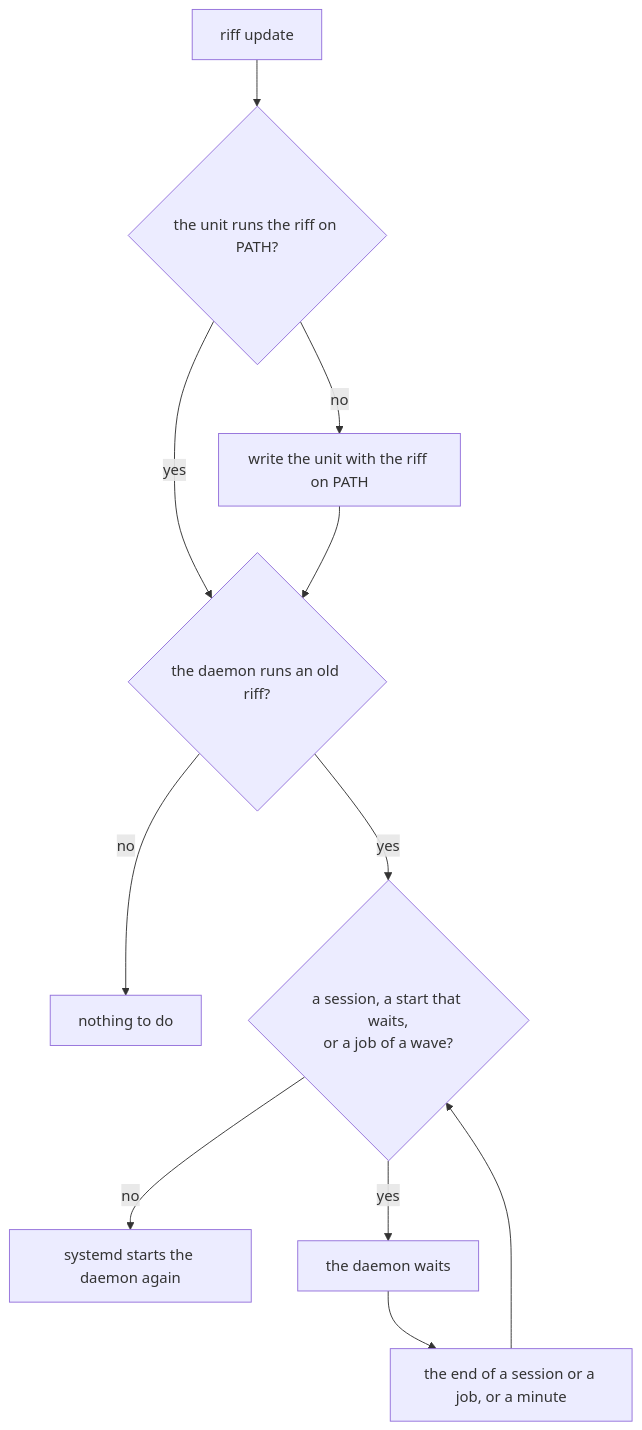
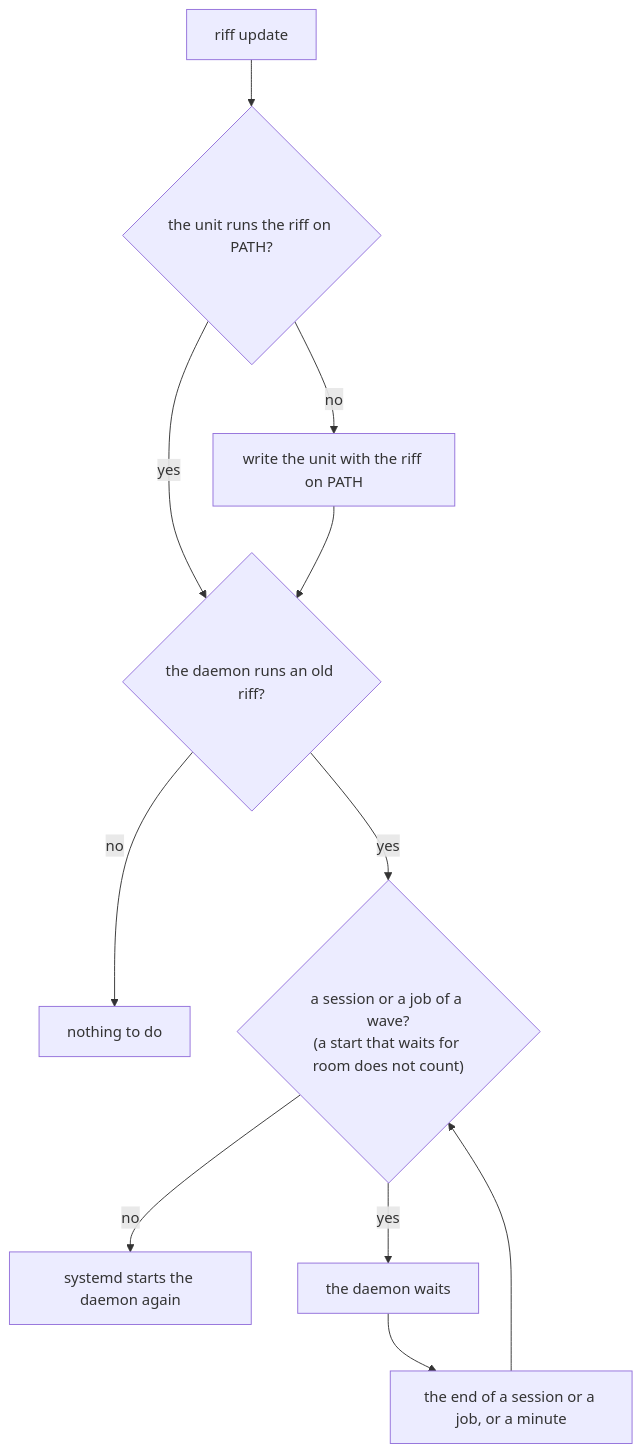
Before and after one commit to como-technologies/riff: the seventh of 57 diagrams in docs/src/how-it-works.md, drawn with Mermaid. The commit also changed other lines of this file and 4 other files, not shown here.

Commit message:
A start that waits for room does not keep the riff daemon on an old riff

````diff
--- a/docs/src/how-it-works.md
+++ b/docs/src/how-it-works.md
@@ -614,13 +615,13 @@
 ```mermaid
 flowchart TD
     U["riff update"] --> X{"the unit runs the riff on PATH?"}
     X -- no --> W["write the unit with the riff on PATH"]
     X -- yes --> O
     W --> O{"the daemon runs an old riff?"}
     O -- no --> N["nothing to do"]
-    O -- yes --> B{"a session, a start that waits,<br/>or a job of a wave?"}
+    O -- yes --> B{"a session or a job of a wave?<br/>(a start that waits for room does not count)"}
     B -- no --> R["systemd starts the daemon again"]
     B -- yes --> L["the daemon waits"]
     L --> E["the end of a session or a job, or a minute"]
     E --> B
 ```
````
